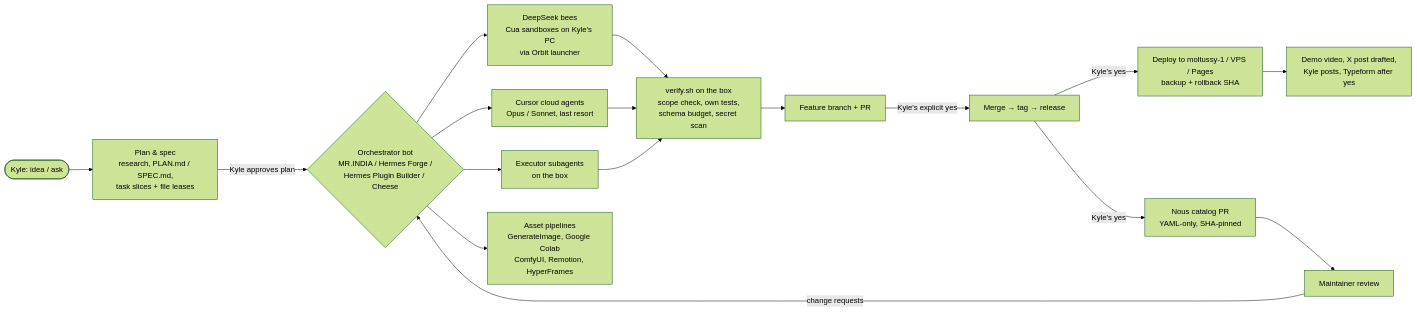
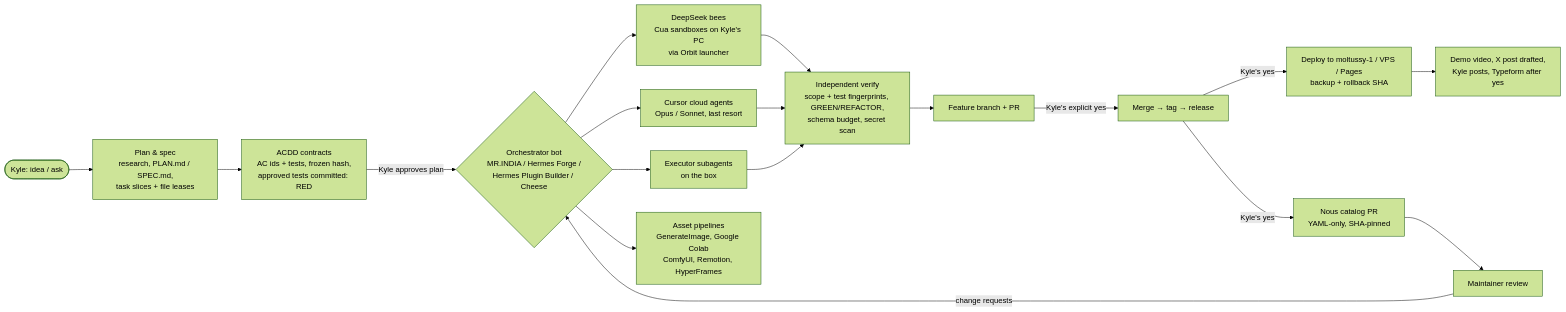
One commit to mojomast/workflow changed the diagram in README.md. Above: the diagram before and after it, drawn with Mermaid (forest theme). The commit also changed other lines of this file and 13 other files, not shown here.

Commit message:
docs: ACDD contract template, chapter 17 Orbit plans, docs pass for ACDD + TDD and current state; CI checks schemas and both demos

````diff
--- a/README.md
+++ b/README.md
@@ -19,18 +19,19 @@
 ```mermaid
 flowchart LR
     K([Kyle: idea / ask]) --> P[Plan & spec<br/>research, PLAN.md / SPEC.md,<br/>task slices + file leases]
-    P -->|Kyle approves plan| O{Orchestrator bot<br/>MR.INDIA / Hermes Forge /<br/>Hermes Plugin Builder / Cheese}
+    P --> AC[ACDD contracts<br/>AC ids + tests, frozen hash,<br/>approved tests committed: RED]
+    AC -->|Kyle approves plan| O{Orchestrator bot<br/>MR.INDIA / Hermes Forge /<br/>Hermes Plugin Builder / Cheese}
     O --> B[DeepSeek bees<br/>Cua sandboxes on Kyle's PC<br/>via Orbit launcher]
     O --> C[Cursor cloud agents<br/>Opus / Sonnet, last resort]
     O --> E[Executor subagents<br/>on the box]
     O --> G[Asset pipelines<br/>GenerateImage, Google Colab<br/>ComfyUI, Remotion, HyperFrames]
-    B --> V[verify.sh on the box<br/>scope check, own tests,<br/>schema budget, secret scan]
+    B --> V[Independent verify<br/>scope + test fingerprints, GREEN/REFACTOR,<br/>schema budget, secret scan]
     C --> V
     E --> V
     V --> PR[Feature branch + PR]
     PR -->|Kyle's explicit yes| M[Merge → tag → release]
     M -->|Kyle's yes| D[Deploy to moltussy-1 / VPS / Pages<br/>backup + rollback SHA]
     M -->|Kyle's yes| CAT[Nous catalog PR<br/>YAML-only, SHA-pinned]
     CAT --> R[Maintainer review] -->|change requests| O
     D --> DEMO[Demo video, X post drafted,<br/>Kyle posts, Typeform after yes]
 ```
````
